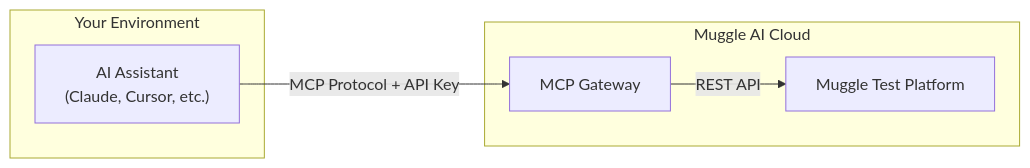
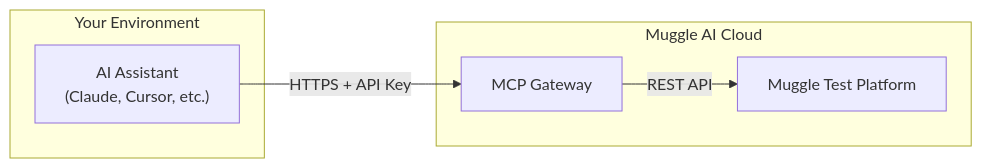
The first of 2 diagrams in mcp/overview.md (multiplex-ai/muggle-ai-docs), drawn with Mermaid before and after one commit. The commit also changed other lines of this file and 4 other files, not shown here.

````diff
--- a/mcp/overview.md
+++ b/mcp/overview.md
@@ -15,14 +22,14 @@
 ```mermaid
 flowchart LR
     subgraph env["Your Environment"]
         A["AI Assistant<br/>(Claude, Cursor, etc.)"]
     end
     
     subgraph cloud["Muggle AI Cloud"]
         B[MCP Gateway]
         C[Muggle Test Platform]
     end
     
-    A -->|"MCP Protocol + API Key"| B
+    A -->|"HTTPS + API Key"| B
     B -->|REST API| C
 ```
````
